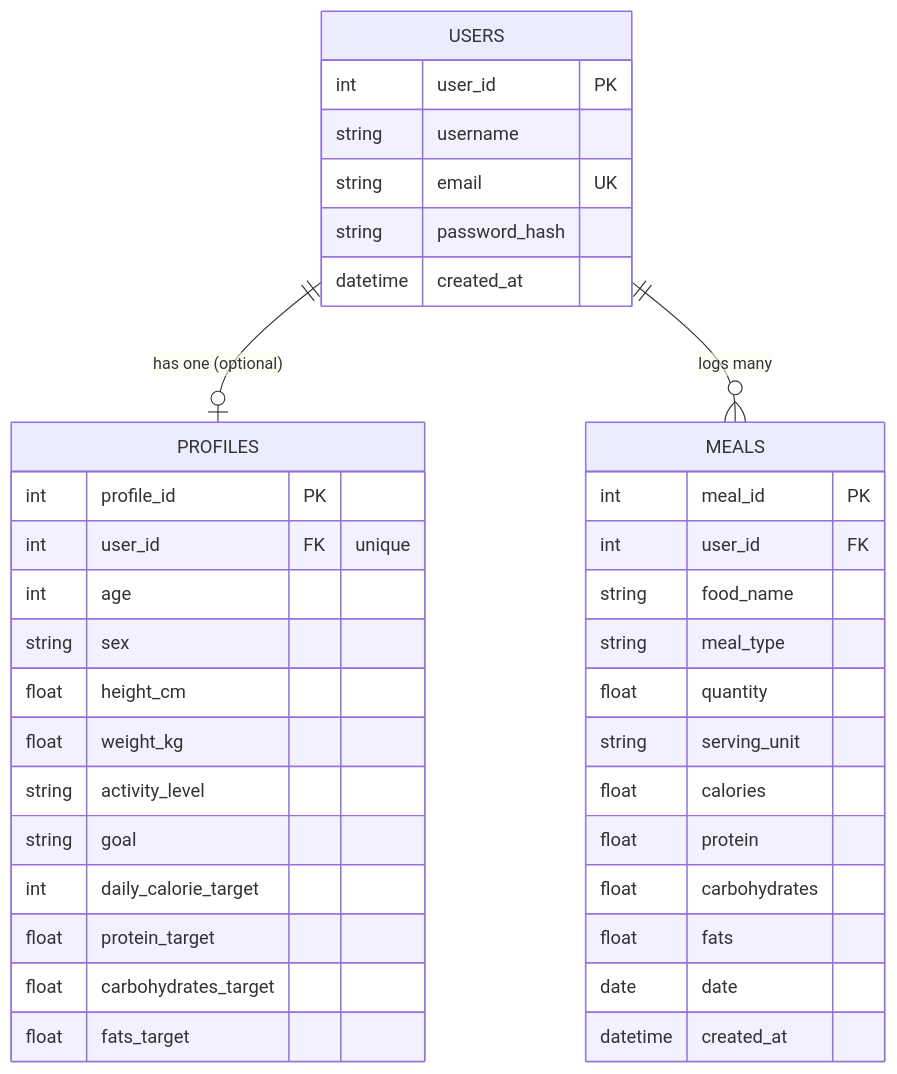
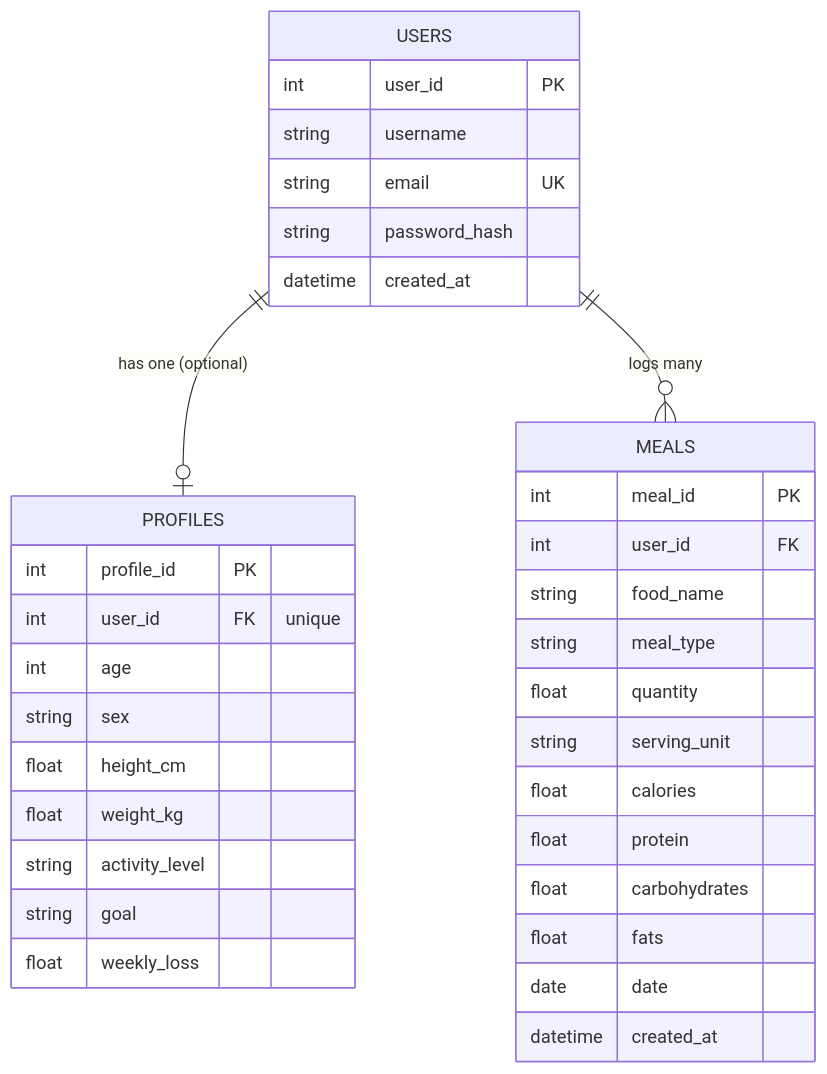
Before and after one commit to ghazaiz/Calorify: the diagram in docs/database_design.md, drawn with Mermaid. The commit also changed other lines of this file and 74 other files, not shown here.

````diff
--- a/docs/database_design.md
+++ b/docs/database_design.md
@@ -17,41 +17,38 @@
 ```mermaid
 erDiagram
     USERS ||--o| PROFILES : "has one (optional)"
     USERS ||--o{ MEALS : "logs many"
 
     USERS {
         int user_id PK
         string username
         string email UK
         string password_hash
         datetime created_at
     }
     PROFILES {
         int profile_id PK
         int user_id FK "unique"
         int age
         string sex
         float height_cm
         float weight_kg
         string activity_level
         string goal
-        int daily_calorie_target
-        float protein_target
-        float carbohydrates_target
-        float fats_target
+        float weekly_loss
     }
     MEALS {
         int meal_id PK
         int user_id FK
         string food_name
         string meal_type
         float quantity
         string serving_unit
         float calories
         float protein
         float carbohydrates
         float fats
         date date
         datetime created_at
     }
 ```
````
